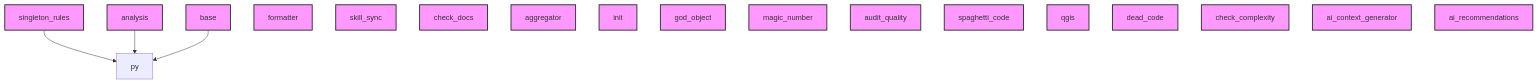
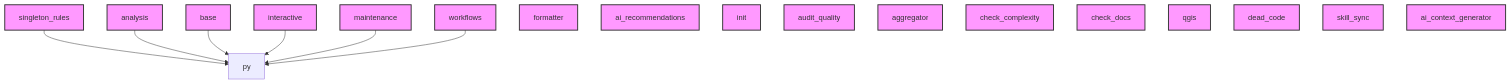
Before and after one commit to geociencio/ai-context-core: the diagram in AI_CONTEXT.md, drawn with Mermaid. The commit also changed other lines of this file and 36 other files, not shown here.

First line of the commit message:
feat(cli): add maintenance suite and optimize analysis performance

````diff
--- a/AI_CONTEXT.md
+++ b/AI_CONTEXT.md
@@ -104,47 +107,50 @@
 ```mermaid
 graph TD
     singleton_rules --> py
     analysis --> py
     base --> py
+    interactive --> py
+    maintenance --> py
+    workflows --> py
     classDef module fill:#f9f,stroke:#333,stroke-width:2px;
     formatter
     class formatter module;
-    skill_sync
-    class skill_sync module;
-    singleton_rules
-    class singleton_rules module;
-    check_docs
-    class check_docs module;
-    aggregator
-    class aggregator module;
+    base
+    class base module;
+    ai_recommendations
+    class ai_recommendations module;
     init
     class init module;
-    god_object
-    class god_object module;
-    magic_number
-    class magic_number module;
-    base
-    class base module;
+    analysis
+    class analysis module;
+    maintenance
+    class maintenance module;
     audit_quality
     class audit_quality module;
     init
     class init module;
     base
     class base module;
-    spaghetti_code
-    class spaghetti_code module;
+    aggregator
+    class aggregator module;
+    check_complexity
+    class check_complexity module;
+    interactive
+    class interactive module;
+    workflows
+    class workflows module;
+    singleton_rules
+    class singleton_rules module;
+    check_docs
+    class check_docs module;
+    init
+    class init module;
     qgis
     class qgis module;
     dead_code
     class dead_code module;
-    check_complexity
-    class check_complexity module;
-    analysis
-    class analysis module;
+    skill_sync
+    class skill_sync module;
     ai_context_generator
     class ai_context_generator module;
-    ai_recommendations
-    class ai_recommendations module;
-    init
-    class init module;
 ```
````
